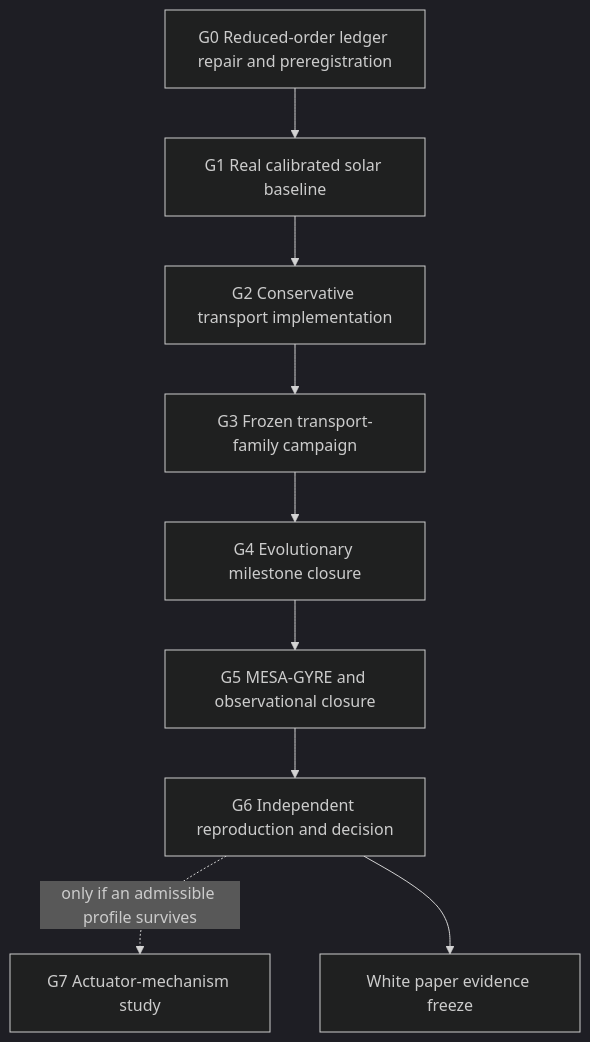
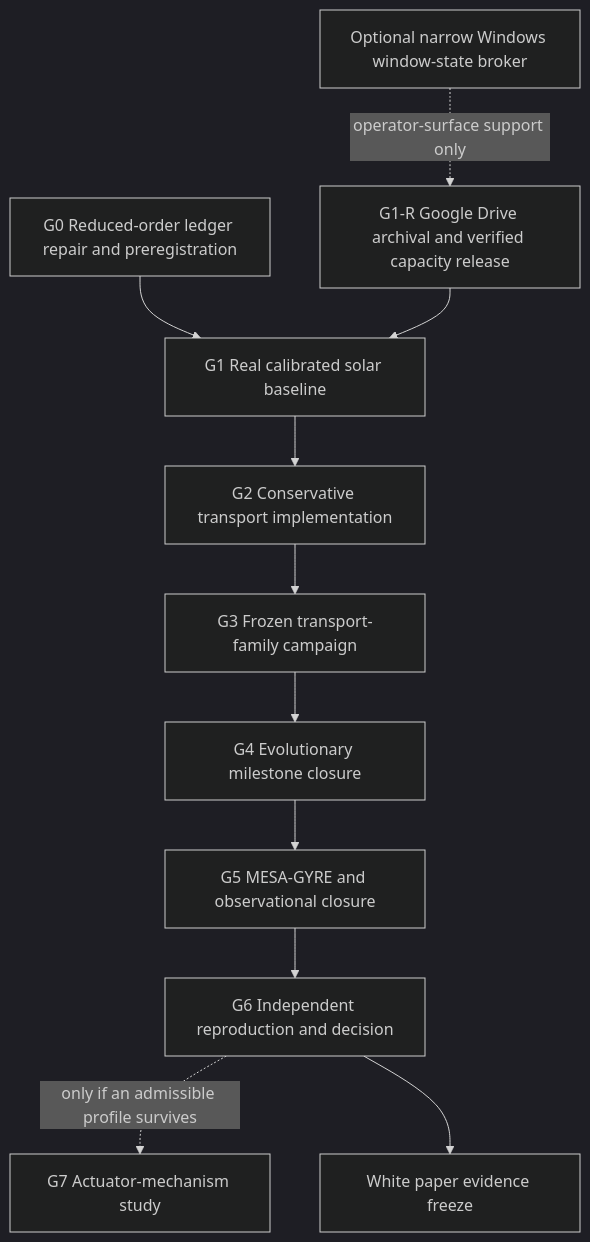
The diagram in docs/research/controlled-stellar-composition-transport-work-program.md (pestypig/casimirbot-), drawn with Mermaid (dark theme) before and after one commit. The commit also changed other lines of this file and 202 other files, not shown here.

````diff
--- a/docs/research/controlled-stellar-composition-transport-work-program.md
+++ b/docs/research/controlled-stellar-composition-transport-work-program.md
@@ -138,11 +146,13 @@
 ```mermaid
 flowchart TD
     G0["G0 Reduced-order ledger repair and preregistration"] --> G1["G1 Real calibrated solar baseline"]
+    DR["G1-R Google Drive archival and verified capacity release"] --> G1
+    WB["Optional narrow Windows window-state broker"] -. "operator-surface support only" .-> DR
     G1 --> G2["G2 Conservative transport implementation"]
     G2 --> G3["G3 Frozen transport-family campaign"]
     G3 --> G4["G4 Evolutionary milestone closure"]
     G4 --> G5["G5 MESA-GYRE and observational closure"]
     G5 --> G6["G6 Independent reproduction and decision"]
     G6 -. "only if an admissible profile survives" .-> G7["G7 Actuator-mechanism study"]
     G6 --> WP["White paper evidence freeze"]
 ```
````
